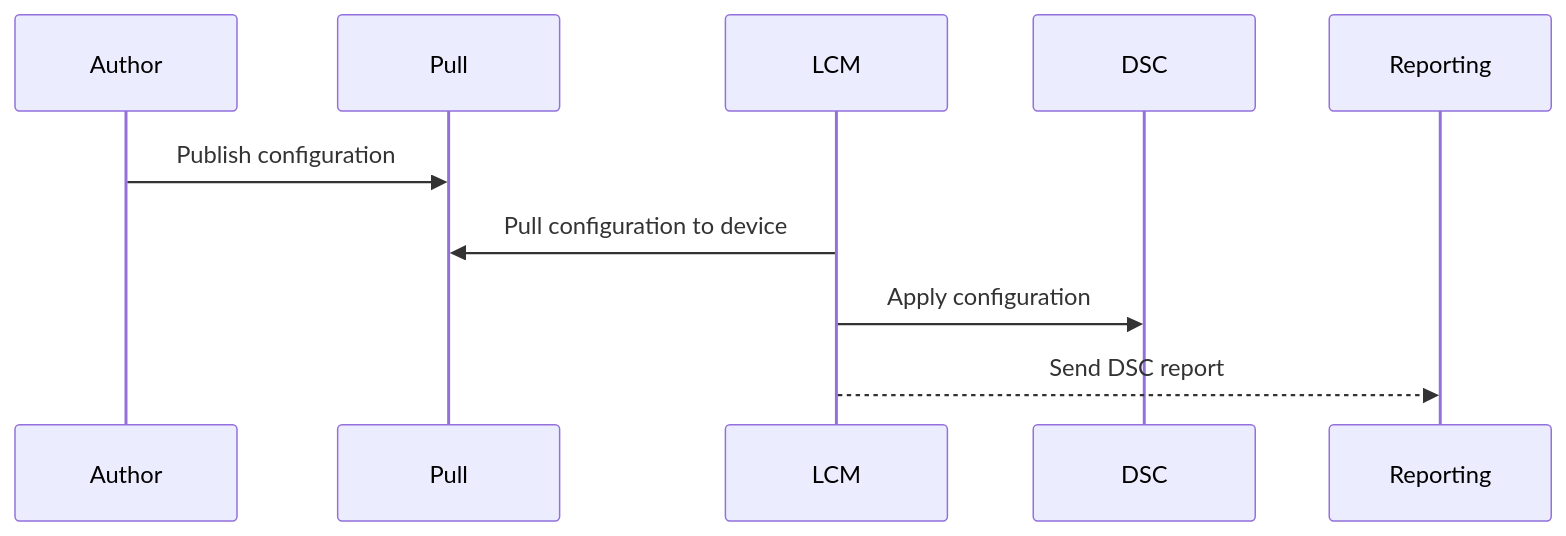
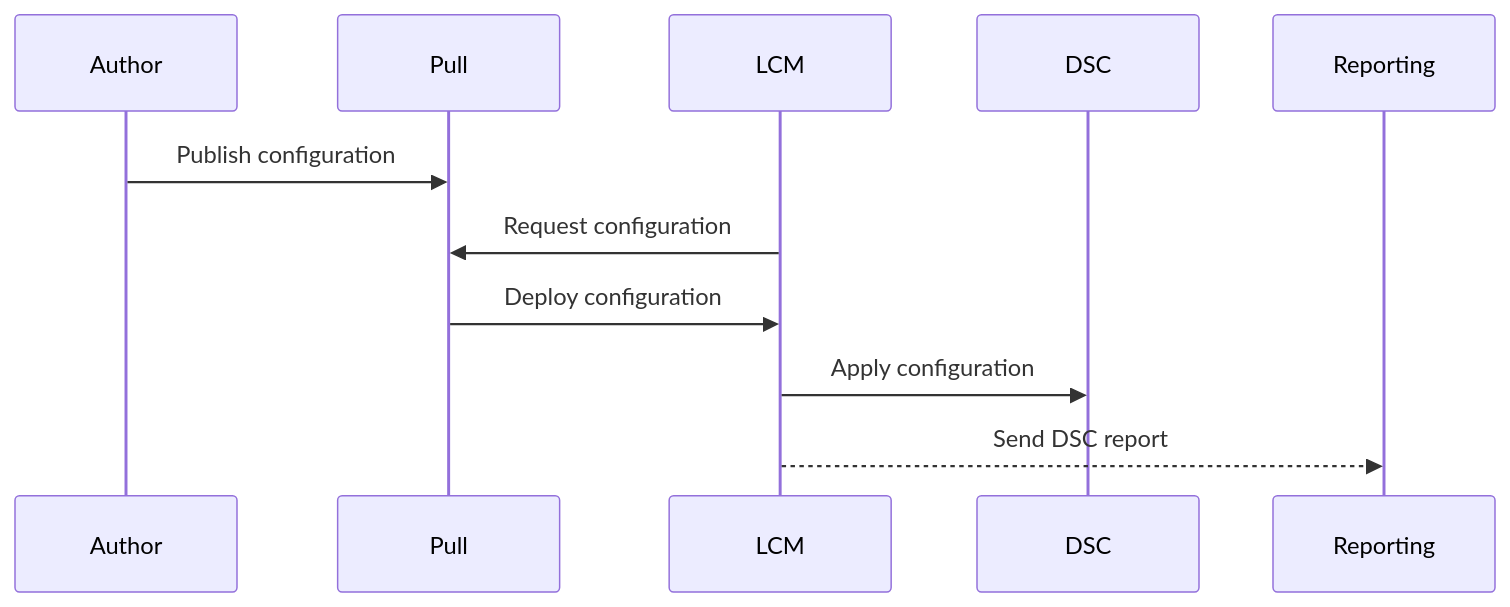
The second of 2 diagrams in README.md (opendsc/opendsc), drawn with Mermaid before and after one commit.

Commit message:
Fix pull diagram

````diff
--- a/README.md
+++ b/README.md
@@ -32,7 +32,8 @@
 ```mermaid
 sequenceDiagram
     Author->>Pull: Publish configuration
-    LCM->>Pull: Pull configuration to device
+    LCM->>Pull: Request configuration
+    Pull->>LCM: Deploy configuration
     LCM->>DSC: Apply configuration
     LCM-->>Reporting: Send DSC report
 ```
````
